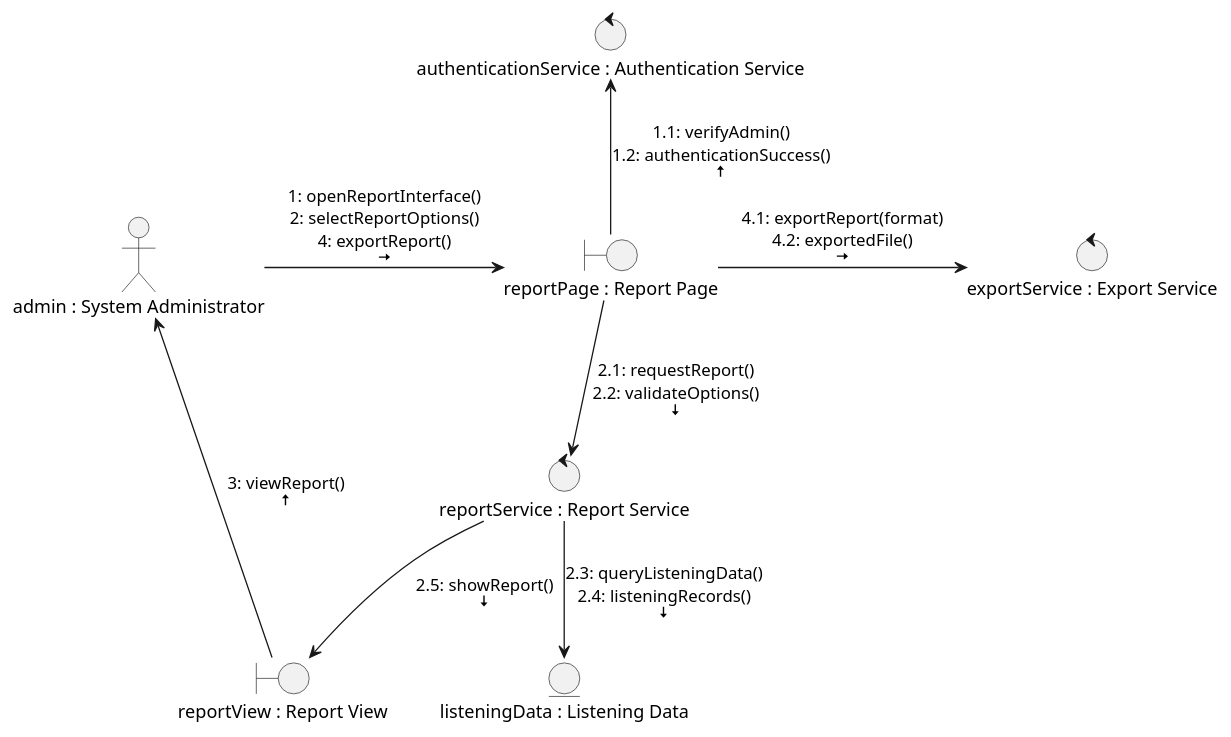
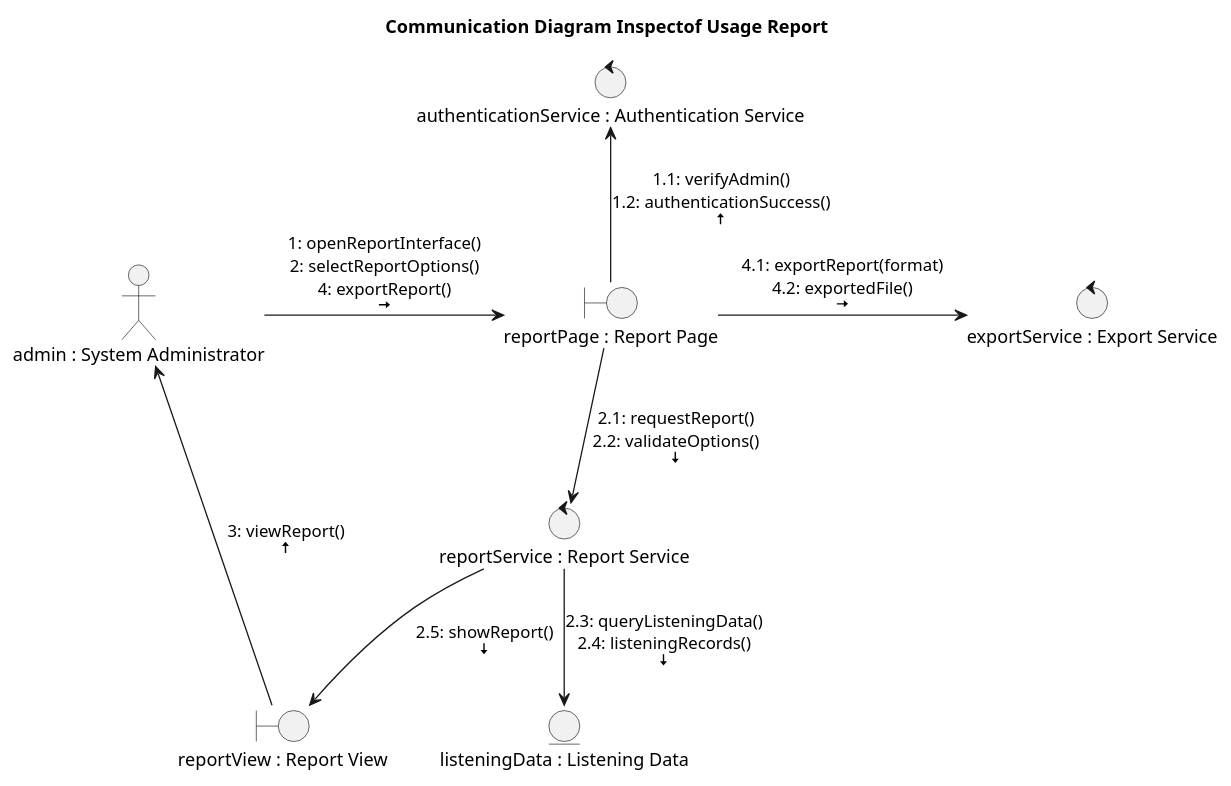
Before and after one commit to Dorfultariant/semm-diagrams: the diagram in UsageReport/communication.puml, drawn with PlantUML. The commit also changed 11 other files, not shown here.

Commit message:
Add title usage report diagrams and podcasteventmanagement diagrams

```diff
--- a/UsageReport/communication.puml
+++ b/UsageReport/communication.puml
@@ -1,20 +1,22 @@
 @startuml CollaborationUsageReport
+
+title Communication Diagram Inspectof Usage Report
 
 actor Admin as "admin : System Administrator"
 
 boundary ReportPage as "reportPage : Report Page"
 control AuthenticationService as "authenticationService : Authentication Service"
 control ReportService as "reportService : Report Service"
 control ExportService as "exportService : Export Service"
 entity ListeningData as "listeningData : Listening Data"
 boundary ReportView as "reportView : Report View"
 
 Admin -> (ReportPage) : "1: openReportInterface()\n2: selectReportOptions()\n4: exportReport()\n<&arrow-right>"
 (ReportPage) -up-> (AuthenticationService) : "1.1: verifyAdmin()\n1.2: authenticationSuccess()\n<&arrow-top>"
 (ReportPage) -down-> (ReportService) : "2.1: requestReport()\n2.2: validateOptions()\n<&arrow-bottom>"
 (ReportService) -down-> (ListeningData) : "2.3: queryListeningData()\n2.4: listeningRecords()\n<&arrow-bottom>"
 (ReportService) --> (ReportView) : "2.5: showReport()\n<&arrow-bottom>"
 Admin <- (ReportView) : "3: viewReport()\n<&arrow-top>"
 (ReportPage) -right-> (ExportService) : "4.1: exportReport(format)\n4.2: exportedFile()\n<&arrow-right>"
 
 @enduml
```
